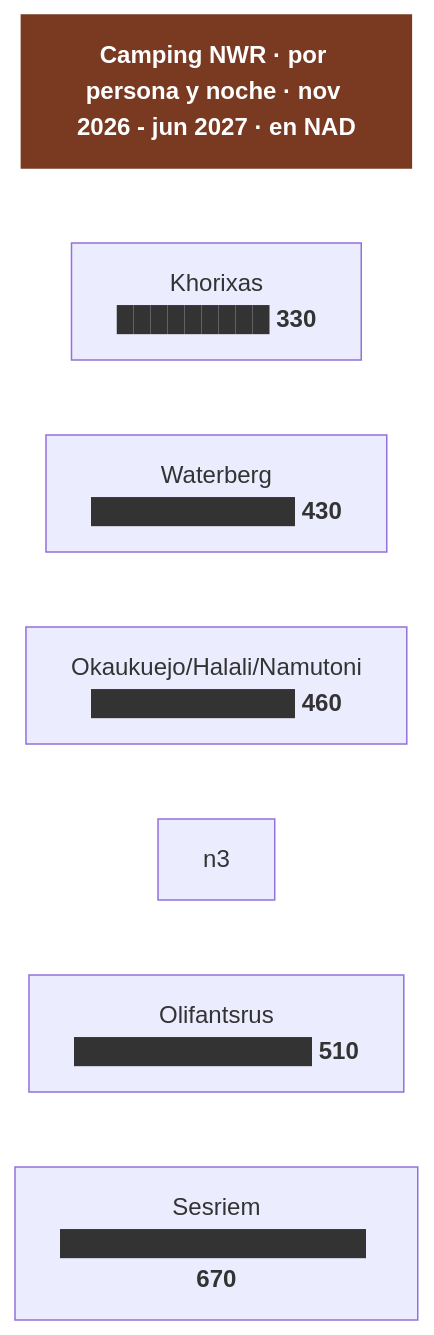
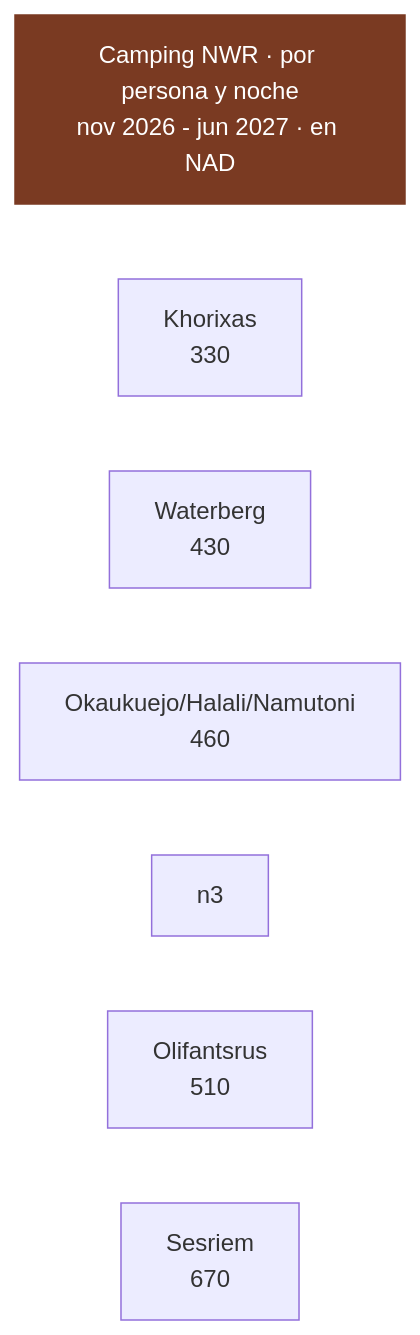
Before and after one commit to morandeirachema/namibia: the second of 4 diagrams in 03-alojamiento-y-tasas.md, drawn with Mermaid. The commit also changed other lines of this file and 14 other files, not shown here.

Commit message:
Arreglar el renderizado de los diagramas en GitHub: fuera emojis, negritas y barras ASCII de dentro de los nodos, que descuadraban la medida y recortaban el texto

````diff
--- a/03-alojamiento-y-tasas.md
+++ b/03-alojamiento-y-tasas.md
@@ -53,16 +53,16 @@
 ```mermaid
 flowchart TD
-    T["<b>Camping NWR · por persona y noche · nov 2026 - jun 2027 · en NAD</b>"]
-    n0["Khorixas<br/>█████████ <b>330</b>"]
-    n1["Waterberg<br/>████████████ <b>430</b>"]
-    n2["Okaukuejo/Halali/Namutoni<br/>████████████ <b>460</b>"]
-    n4["Olifantsrus<br/>██████████████ <b>510</b>"]
-    n5["Sesriem<br/>██████████████████ <b>670</b>"]
+    T["Camping NWR · por persona y noche<br/>nov 2026 - jun 2027 · en NAD"]
+    n0["Khorixas<br/>330"]
+    n1["Waterberg<br/>430"]
+    n2["Okaukuejo/Halali/Namutoni<br/>460"]
+    n4["Olifantsrus<br/>510"]
+    n5["Sesriem<br/>670"]
     T ~~~ n0
     n0 ~~~ n1
     n1 ~~~ n2
     n2 ~~~ n3
     n3 ~~~ n4
     n4 ~~~ n5
     style T fill:#7a3a22,color:#fff,stroke:#7a3a22
 ```
````
